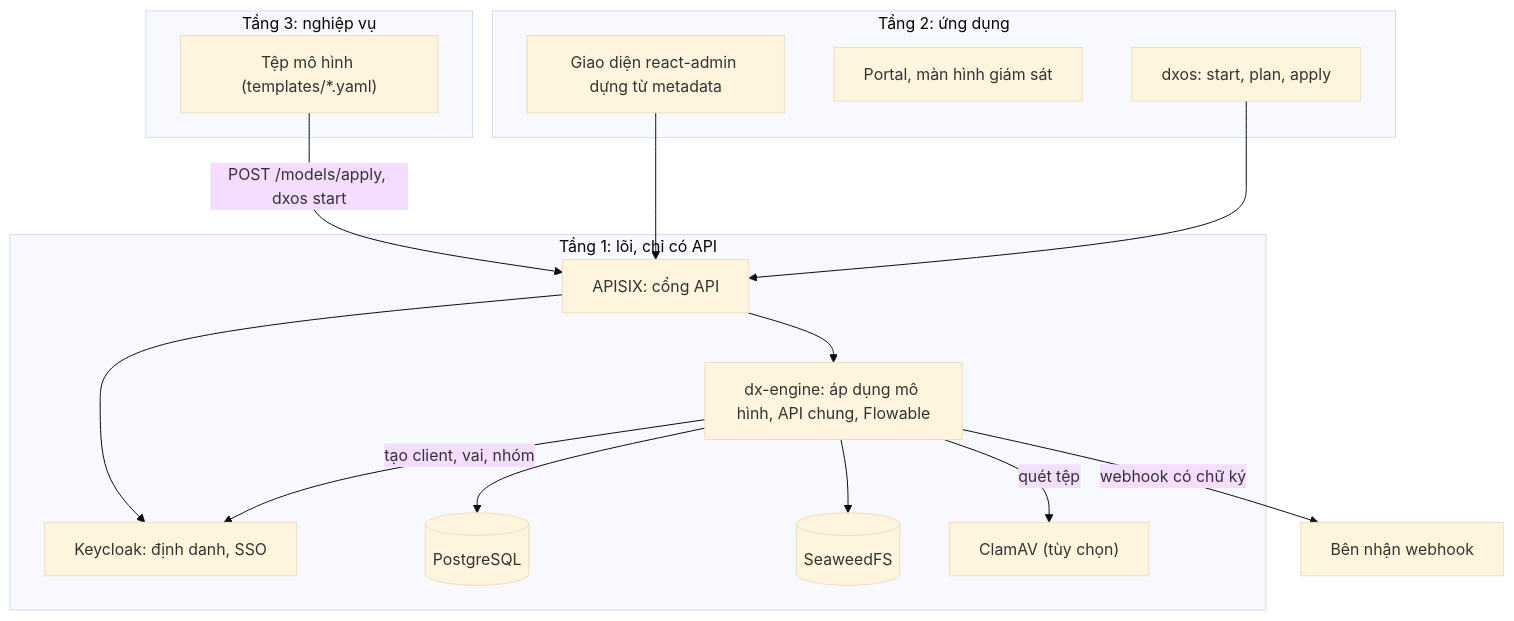
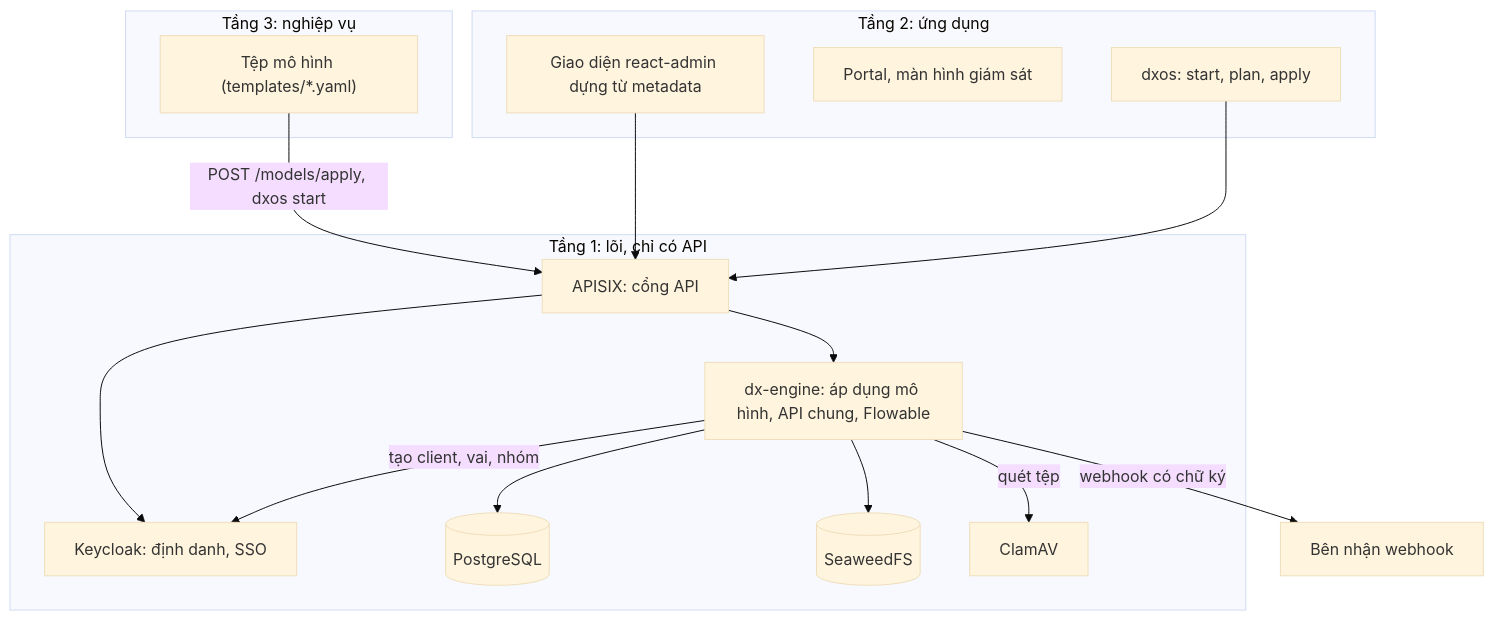
One commit to HaUI-ImplSolution/DX-OS changed the first of 2 diagrams in ARCHITECTURE.md. Above: the diagram before and after it, drawn with Mermaid (base theme). The commit also changed other lines of this file and 22 other files, not shown here.

````diff
--- a/ARCHITECTURE.md
+++ b/ARCHITECTURE.md
@@ -8,30 +8,30 @@
 ```mermaid
 flowchart TB
   subgraph T3["Tầng 3: nghiệp vụ"]
     M["Tệp mô hình (templates/*.yaml)"]
   end
   subgraph T2["Tầng 2: ứng dụng"]
     UI["Giao diện react-admin dựng từ metadata"]
     P["Portal, màn hình giám sát"]
     CLI["dxos: start, plan, apply"]
   end
   subgraph T1["Tầng 1: lõi, chỉ có API"]
     GW["APISIX: cổng API"]
     KC["Keycloak: định danh, SSO"]
     EN["dx-engine: áp dụng mô hình, API chung, Flowable"]
     PG[("PostgreSQL")]
     S3[("SeaweedFS")]
-    AV["ClamAV (tùy chọn)"]
+    AV["ClamAV"]
   end
   EXT["Bên nhận webhook"]
   M -->|"POST /models/apply, dxos start"| GW
   UI --> GW
   CLI --> GW
   GW --> EN
   GW --> KC
   EN --> PG
   EN --> S3
   EN -->|"tạo client, vai, nhóm"| KC
   EN -->|"quét tệp"| AV
   EN -->|"webhook có chữ ký"| EXT
 ```
````
